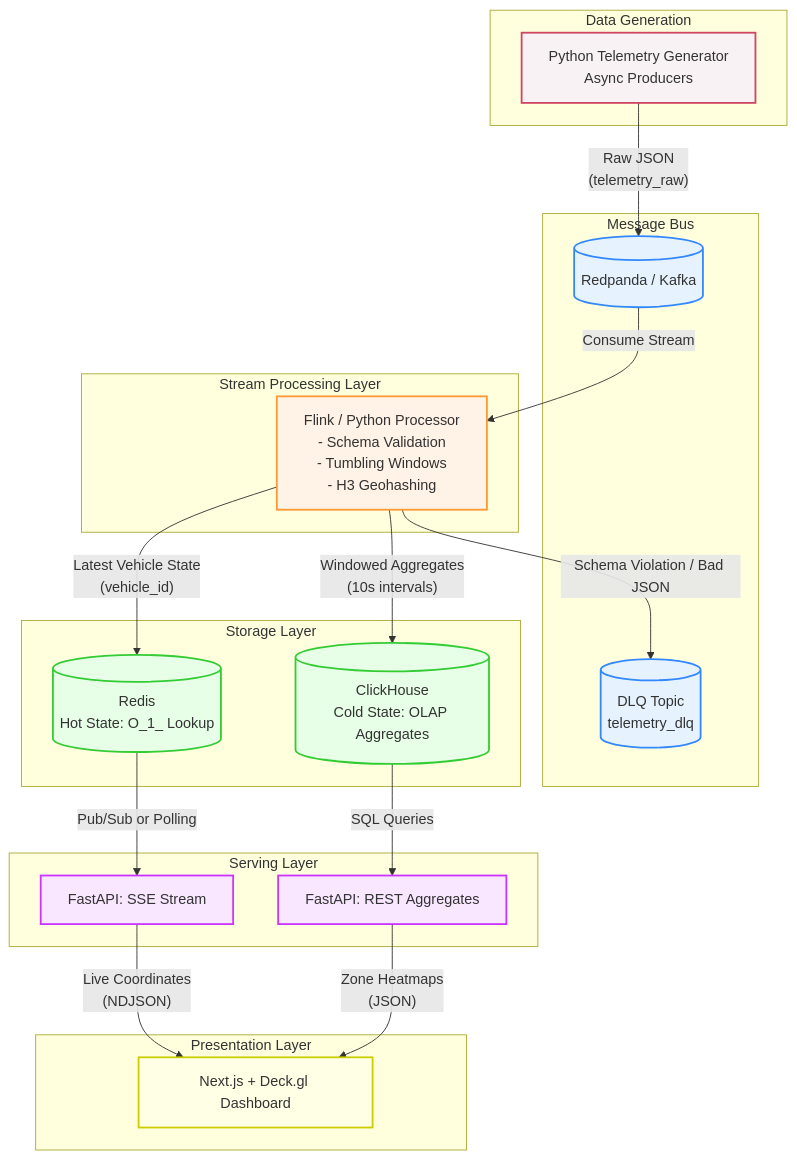
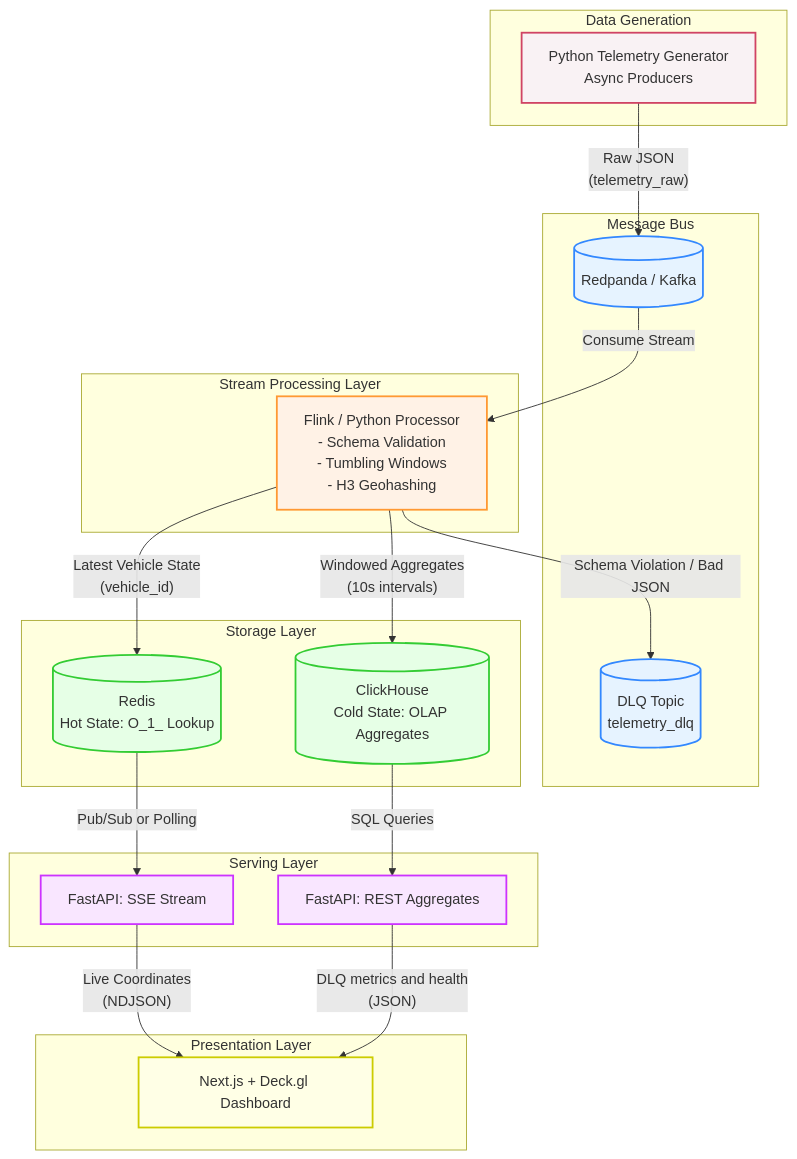
One commit to Aarush-Kinhikar-0209/geospatial-telemetry-pipeline changed the diagram in wikis/architecture/design.md. Above: the diagram before and after it, drawn with Mermaid. The commit also changed other lines of this file and 20 other files, not shown here.

````diff
--- a/wikis/architecture/design.md
+++ b/wikis/architecture/design.md
@@ -11,52 +11,52 @@
 ```mermaid
 flowchart TD
     %% Define Styles
     classDef generator fill:#f9f2f4,stroke:#d04464,stroke-width:2px;
     classDef broker fill:#e6f3ff,stroke:#3388ff,stroke-width:2px;
     classDef processor fill:#fff2e6,stroke:#ff9933,stroke-width:2px;
     classDef storage fill:#e6ffe6,stroke:#33cc33,stroke-width:2px;
     classDef api fill:#f9e6ff,stroke:#cc33ff,stroke-width:2px;
     classDef ui fill:#ffffe6,stroke:#cccc00,stroke-width:2px;
 
     %% Components
     subgraph Data Generation
         Gen[Python Telemetry Generator<br/>Async Producers]:::generator
     end
 
     subgraph Message Bus
         RP[(Redpanda / Kafka)]:::broker
         DLQ[(DLQ Topic<br/>telemetry_dlq)]:::broker
     end
 
     subgraph Stream Processing Layer
         SP[Flink / Python Processor<br/>- Schema Validation<br/>- Tumbling Windows<br/>- H3 Geohashing]:::processor
     end
 
     subgraph Storage Layer
         Redis[(Redis<br/>Hot State: O_1_ Lookup)]:::storage
         CH[(ClickHouse<br/>Cold State: OLAP Aggregates)]:::storage
     end
 
     subgraph Serving Layer
         API_SSE[FastAPI: SSE Stream]:::api
         API_REST[FastAPI: REST Aggregates]:::api
     end
 
     subgraph Presentation Layer
         UI[Next.js + Deck.gl Dashboard]:::ui
     end
 
     %% Data Flow
     Gen -- "Raw JSON<br/>(telemetry_raw)" --> RP
     RP -- "Consume Stream" --> SP
     
     SP -- "Schema Violation / Bad JSON" --> DLQ
     SP -- "Latest Vehicle State<br/>(vehicle_id)" --> Redis
     SP -- "Windowed Aggregates<br/>(10s intervals)" --> CH
     
     Redis -- "Pub/Sub or Polling" --> API_SSE
     CH -- "SQL Queries" --> API_REST
     
     API_SSE -- "Live Coordinates<br/>(NDJSON)" --> UI
-    API_REST -- "Zone Heatmaps<br/>(JSON)" --> UI
+    API_REST -- "DLQ metrics and health<br/>(JSON)" --> UI
 ```
````
